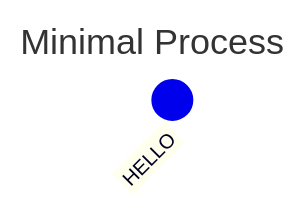
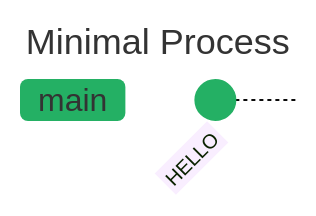
One commit to Skitionek/nf-mapper changed the diagram in snapshots/minimal_process.md. Above: the diagram before and after it, drawn with Mermaid. The commit also changed 17 other files, not shown here.

First line of the commit message:
Show if-statement nodes, name branches after workflows/processes, add nf-metromap styling, fix sub-workflow visibility (#9)

````diff
--- a/snapshots/minimal_process.md
+++ b/snapshots/minimal_process.md
@@ -5,9 +5,9 @@
 ```mermaid
 ---
 title: Minimal Process
 ---
-%%{init: {'gitGraph': {'showBranches': false, 'parallelCommits': true}} }%%
+%%{init: {'theme': 'base', 'themeVariables': {'git0': '#24B064', 'gitInv0': '#ffffff', 'git1': '#FA7F19', 'gitInv1': '#ffffff', 'git2': '#0570b0', 'gitInv2': '#ffffff', 'git3': '#e63946', 'gitInv3': '#ffffff', 'git4': '#9b59b6', 'gitInv4': '#ffffff', 'git5': '#f5c542', 'gitInv5': '#000000', 'git6': '#1abc9c', 'gitInv6': '#ffffff', 'git7': '#7b2d3b', 'gitInv7': '#ffffff'}, 'gitGraph': {'showBranches': true, 'parallelCommits': false}} }%%
 gitGraph LR:
    checkout main
    commit id: "HELLO"
 ```
````
